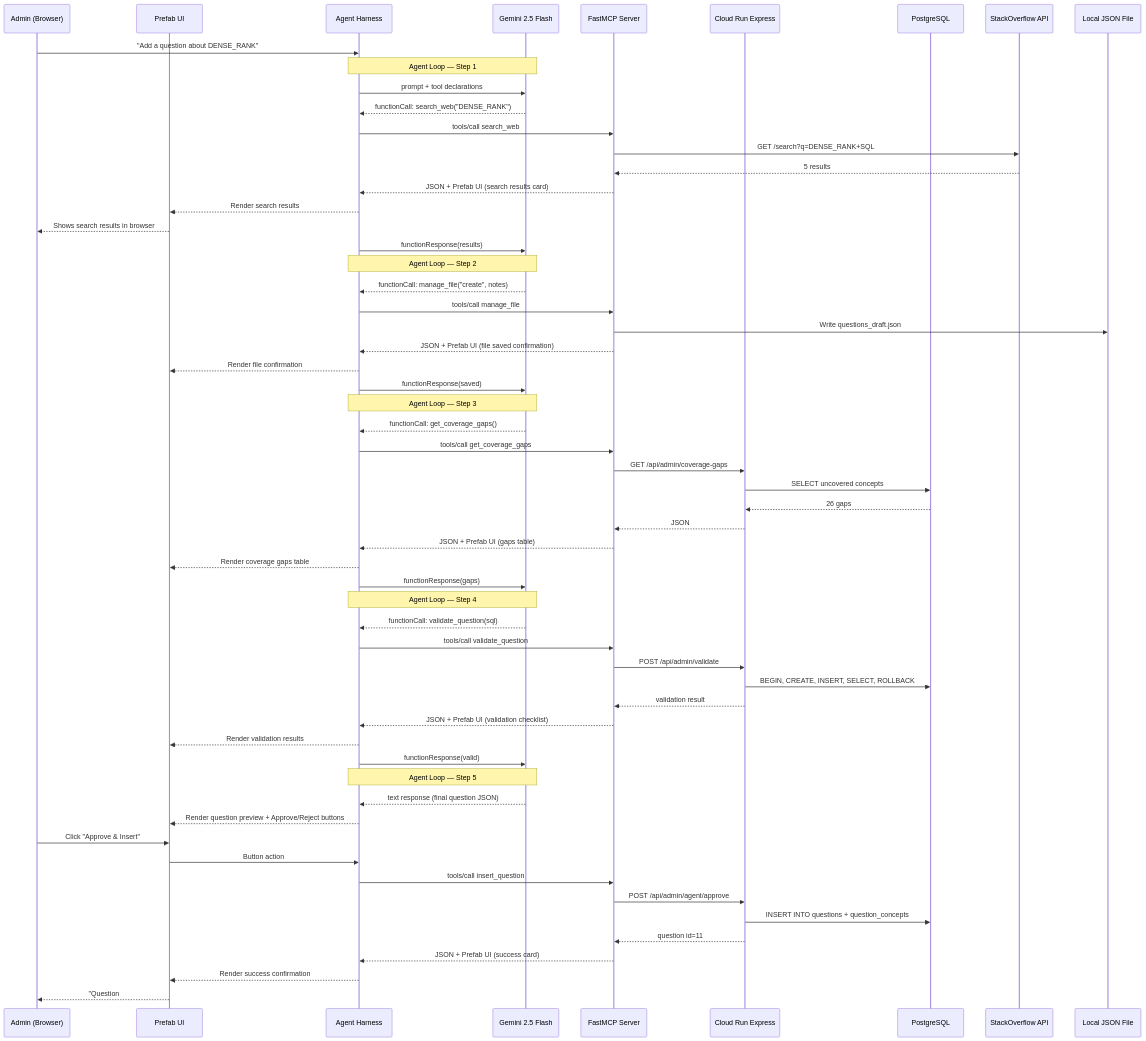
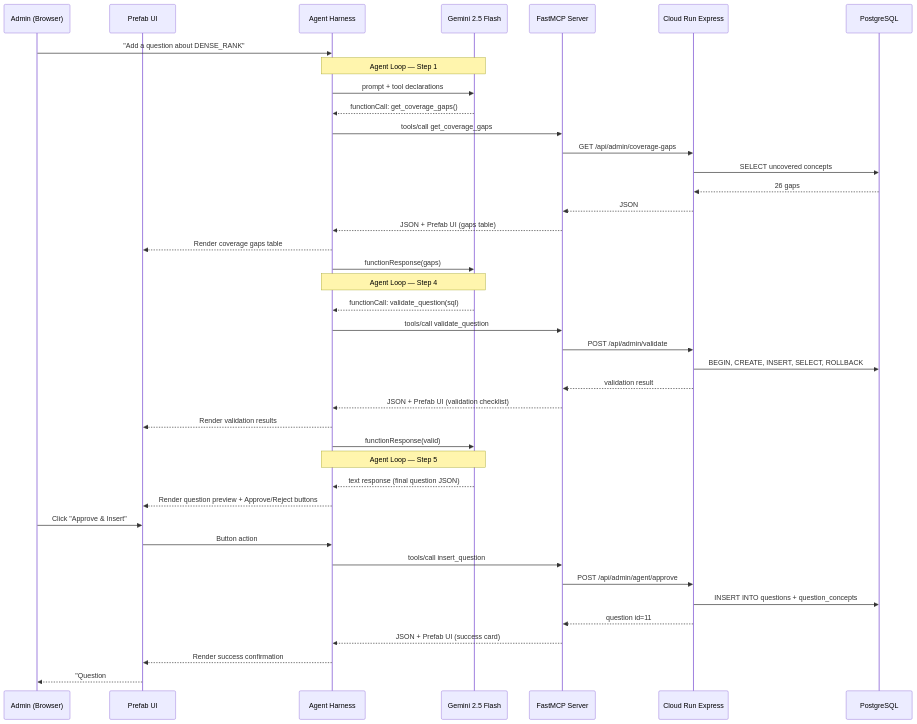
The second of 2 diagrams in docs/mcp_architecture.md (prateekpanjla-outlook/duckdb-wasm-ide), drawn with Mermaid before and after one commit. The commit also changed other lines of this file and 10 other files, not shown here.

````diff
--- a/docs/mcp_architecture.md
+++ b/docs/mcp_architecture.md
@@ -54,68 +47,48 @@
 ```mermaid
 sequenceDiagram
     participant Admin as Admin (Browser)
     participant UI as Prefab UI
     participant Agent as Agent Harness
     participant LLM as Gemini 2.5 Flash
     participant MCP as FastMCP Server
     participant API as Cloud Run Express
     participant DB as PostgreSQL
-    participant Web as StackOverflow API
-    participant File as Local JSON File
 
     Admin->>Agent: "Add a question about DENSE_RANK"
 
     Note over Agent,LLM: Agent Loop — Step 1
     Agent->>LLM: prompt + tool declarations
-    LLM-->>Agent: functionCall: search_web("DENSE_RANK")
-    Agent->>MCP: tools/call search_web
-    MCP->>Web: GET /search?q=DENSE_RANK+SQL
-    Web-->>MCP: 5 results
-    MCP-->>Agent: JSON + Prefab UI (search results card)
-    Agent-->>UI: Render search results
-    UI-->>Admin: Shows search results in browser
-    Agent->>LLM: functionResponse(results)
-
-    Note over Agent,LLM: Agent Loop — Step 2
-    LLM-->>Agent: functionCall: manage_file("create", notes)
-    Agent->>MCP: tools/call manage_file
-    MCP->>File: Write questions_draft.json
-    MCP-->>Agent: JSON + Prefab UI (file saved confirmation)
-    Agent-->>UI: Render file confirmation
-    Agent->>LLM: functionResponse(saved)
-
-    Note over Agent,LLM: Agent Loop — Step 3
     LLM-->>Agent: functionCall: get_coverage_gaps()
     Agent->>MCP: tools/call get_coverage_gaps
     MCP->>API: GET /api/admin/coverage-gaps
     API->>DB: SELECT uncovered concepts
     DB-->>API: 26 gaps
     API-->>MCP: JSON
     MCP-->>Agent: JSON + Prefab UI (gaps table)
     Agent-->>UI: Render coverage gaps table
     Agent->>LLM: functionResponse(gaps)
 
     Note over Agent,LLM: Agent Loop — Step 4
     LLM-->>Agent: functionCall: validate_question(sql)
     Agent->>MCP: tools/call validate_question
     MCP->>API: POST /api/admin/validate
     API->>DB: BEGIN, CREATE, INSERT, SELECT, ROLLBACK
     API-->>MCP: validation result
     MCP-->>Agent: JSON + Prefab UI (validation checklist)
     Agent-->>UI: Render validation results
     Agent->>LLM: functionResponse(valid)
 
     Note over Agent,LLM: Agent Loop — Step 5
     LLM-->>Agent: text response (final question JSON)
     Agent-->>UI: Render question preview + Approve/Reject buttons
 
     Admin->>UI: Click "Approve & Insert"
     UI->>Agent: Button action
     Agent->>MCP: tools/call insert_question
     MCP->>API: POST /api/admin/agent/approve
     API->>DB: INSERT INTO questions + question_concepts
     API-->>MCP: question id=11
     MCP-->>Agent: JSON + Prefab UI (success card)
     Agent-->>UI: Render success confirmation
     UI-->>Admin: "Question #11 inserted"
 ```
````
